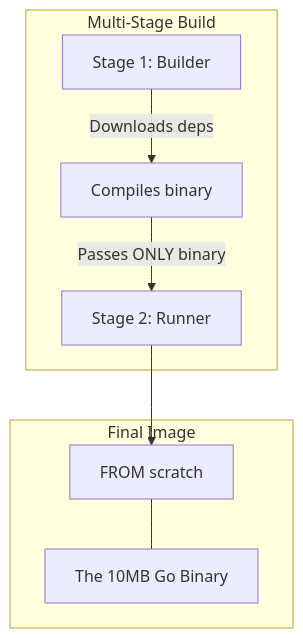
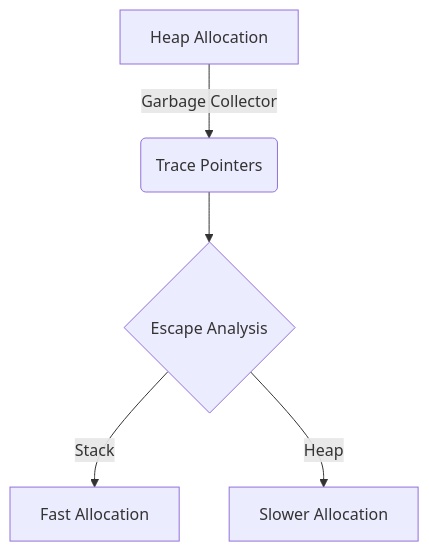
Before and after one commit to Suryavamsi53/goverseforgophers: the diagram in content/lessons/go-fundamentals/106-docker.md, drawn with Mermaid. The commit also changed other lines of this file and 33 other files, not shown here.

````diff
--- a/content/lessons/go-fundamentals/106-docker.md
+++ b/content/lessons/go-fundamentals/106-docker.md
@@ -18,15 +16,7 @@
 ```mermaid
 graph TD
-    subgraph Multi-Stage Build
-        A[Stage 1: Builder] -->|Downloads deps| B[Compiles binary]
-        B -->|Passes ONLY binary| C[Stage 2: Runner]
-    end
-    
-    subgraph Final Image
-        D[FROM scratch]
-        E[The 10MB Go Binary]
-        D --- E
-    end
-    
-    C --> D
+    A[Heap Allocation] -->|Garbage Collector| B(Trace Pointers)
+    B --> C{Escape Analysis}
+    C -->|Stack| D[Fast Allocation]
+    C -->|Heap| E[Slower Allocation]
 ```
````
